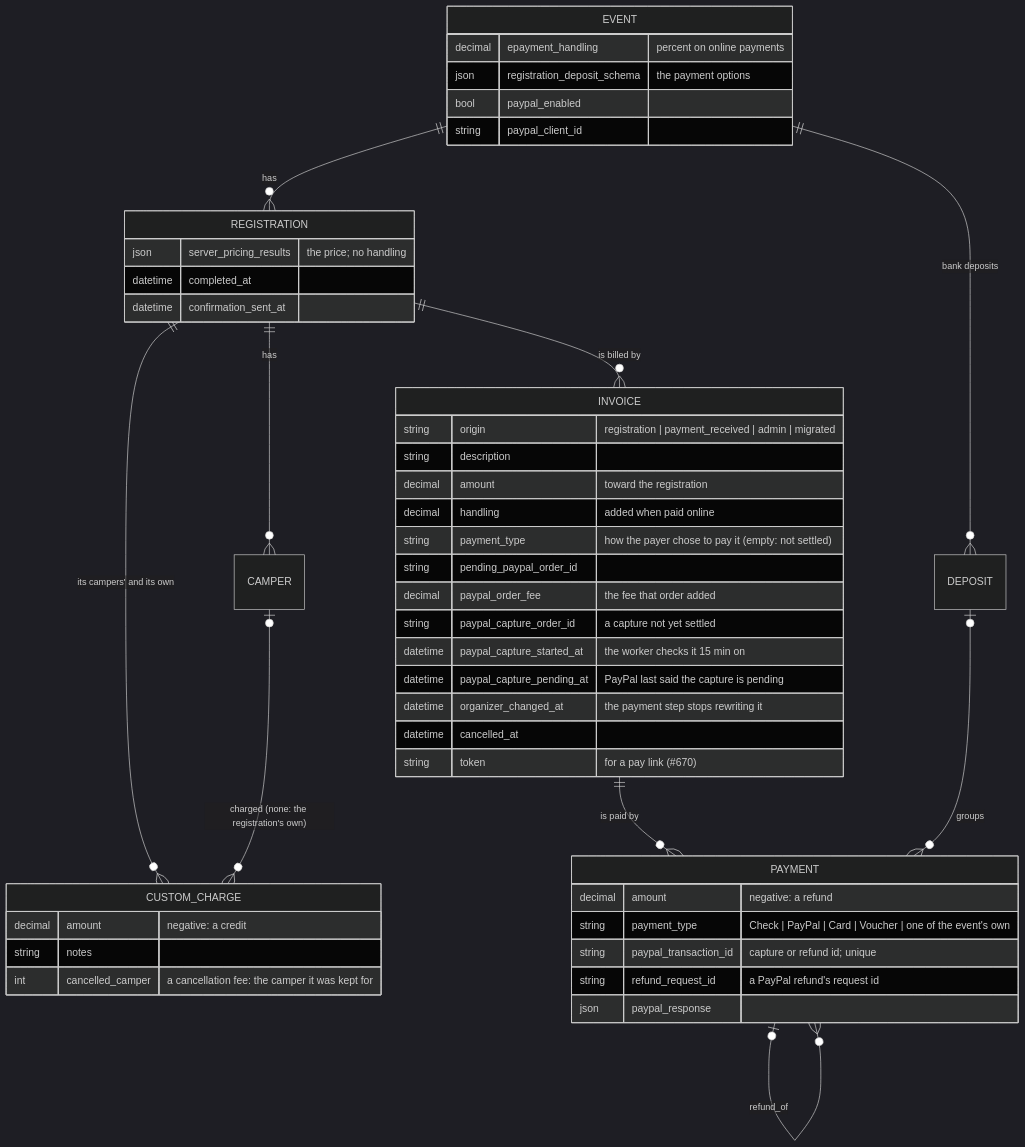
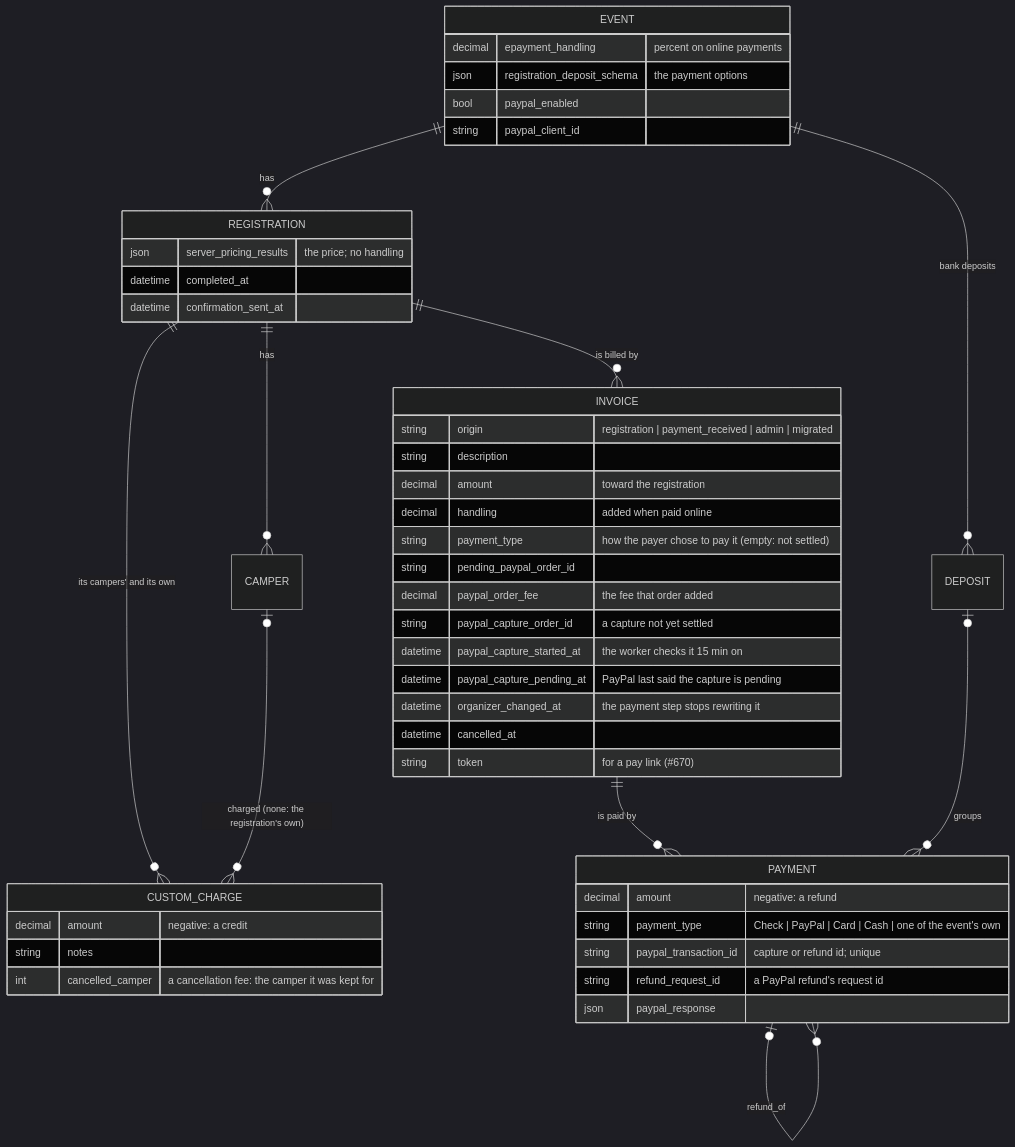
The first of 15 diagrams in doc/payments.md (camphoric/camphoric), drawn with Mermaid (dark theme) before and after one commit. The commit also changed other lines of this file and 18 other files, not shown here.

First line of the commit message:
feat(payments): make Cash a built-in payment type in place of Voucher

````diff
--- a/doc/payments.md
+++ b/doc/payments.md
@@ -55,50 +58,50 @@
 ```mermaid
 erDiagram
     EVENT ||--o{ REGISTRATION : has
     EVENT ||--o{ DEPOSIT : "bank deposits"
     REGISTRATION ||--o{ CAMPER : has
     REGISTRATION ||--o{ CUSTOM_CHARGE : "its campers' and its own"
     CAMPER |o--o{ CUSTOM_CHARGE : "charged (none: the registration's own)"
     REGISTRATION ||--o{ INVOICE : "is billed by"
     INVOICE ||--o{ PAYMENT : "is paid by"
     PAYMENT |o--o{ PAYMENT : "refund_of"
     DEPOSIT |o--o{ PAYMENT : groups
     EVENT {
         decimal epayment_handling "percent on online payments"
         json registration_deposit_schema "the payment options"
         bool paypal_enabled
         string paypal_client_id
     }
     REGISTRATION {
         json server_pricing_results "the price; no handling"
         datetime completed_at
         datetime confirmation_sent_at
     }
     CUSTOM_CHARGE {
         decimal amount "negative: a credit"
         string notes
         int cancelled_camper "a cancellation fee: the camper it was kept for"
     }
     INVOICE {
         string origin "registration | payment_received | admin | migrated"
         string description
         decimal amount "toward the registration"
         decimal handling "added when paid online"
         string payment_type "how the payer chose to pay it (empty: not settled)"
         string pending_paypal_order_id
         decimal paypal_order_fee "the fee that order added"
         string paypal_capture_order_id "a capture not yet settled"
         datetime paypal_capture_started_at "the worker checks it 15 min on"
         datetime paypal_capture_pending_at "PayPal last said the capture is pending"
         datetime organizer_changed_at "the payment step stops rewriting it"
         datetime cancelled_at
         string token "for a pay link (#670)"
     }
     PAYMENT {
         decimal amount "negative: a refund"
-        string payment_type "Check | PayPal | Card | Voucher | one of the event's own"
+        string payment_type "Check | PayPal | Card | Cash | one of the event's own"
         string paypal_transaction_id "capture or refund id; unique"
         string refund_request_id "a PayPal refund's request id"
         json paypal_response
     }
 ```
````
